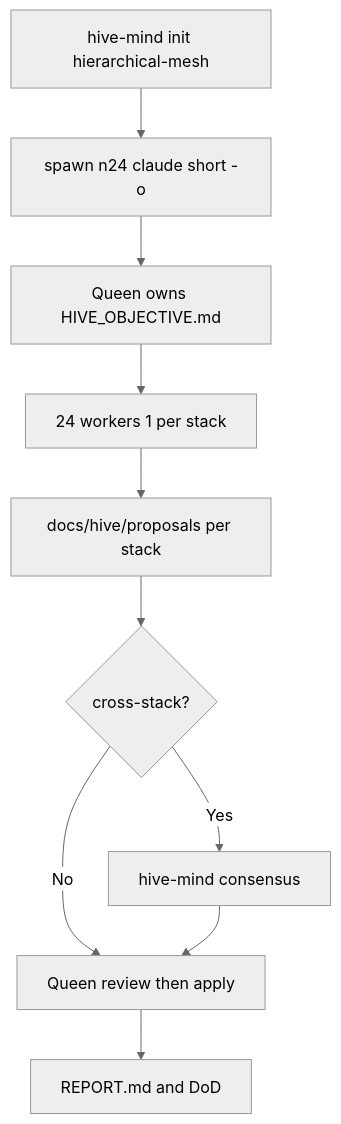
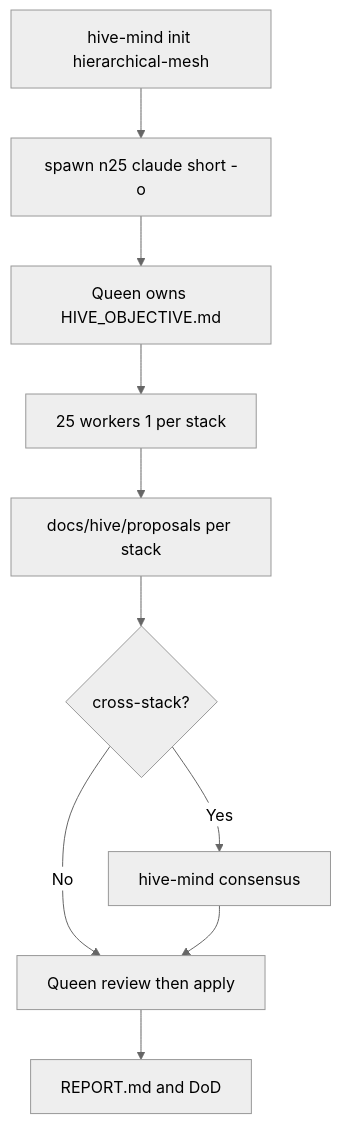
One commit to ofayese/dockge-ots changed the diagram in HIVE_OBJECTIVE.md. Above: the diagram before and after it, drawn with Mermaid (neutral theme). The commit also changed other lines of this file and 28 other files, not shown here.

````diff
--- a/HIVE_OBJECTIVE.md
+++ b/HIVE_OBJECTIVE.md
@@ -136,12 +136,12 @@
 ```mermaid
 flowchart TD
-  Init[hive-mind init hierarchical-mesh] --> Spawn[spawn n24 claude short -o]
+  Init[hive-mind init hierarchical-mesh] --> Spawn[spawn n25 claude short -o]
   Spawn --> Queen[Queen owns HIVE_OBJECTIVE.md]
-  Queen --> Fan[24 workers 1 per stack]
+  Queen --> Fan[25 workers 1 per stack]
   Fan --> P[docs/hive/proposals per stack]
   P --> X{cross-stack?}
   X -->|No| Apply[Queen review then apply]
   X -->|Yes| Cons[hive-mind consensus]
   Cons --> Apply
   Apply --> Close[REPORT.md and DoD]
 ```
````
